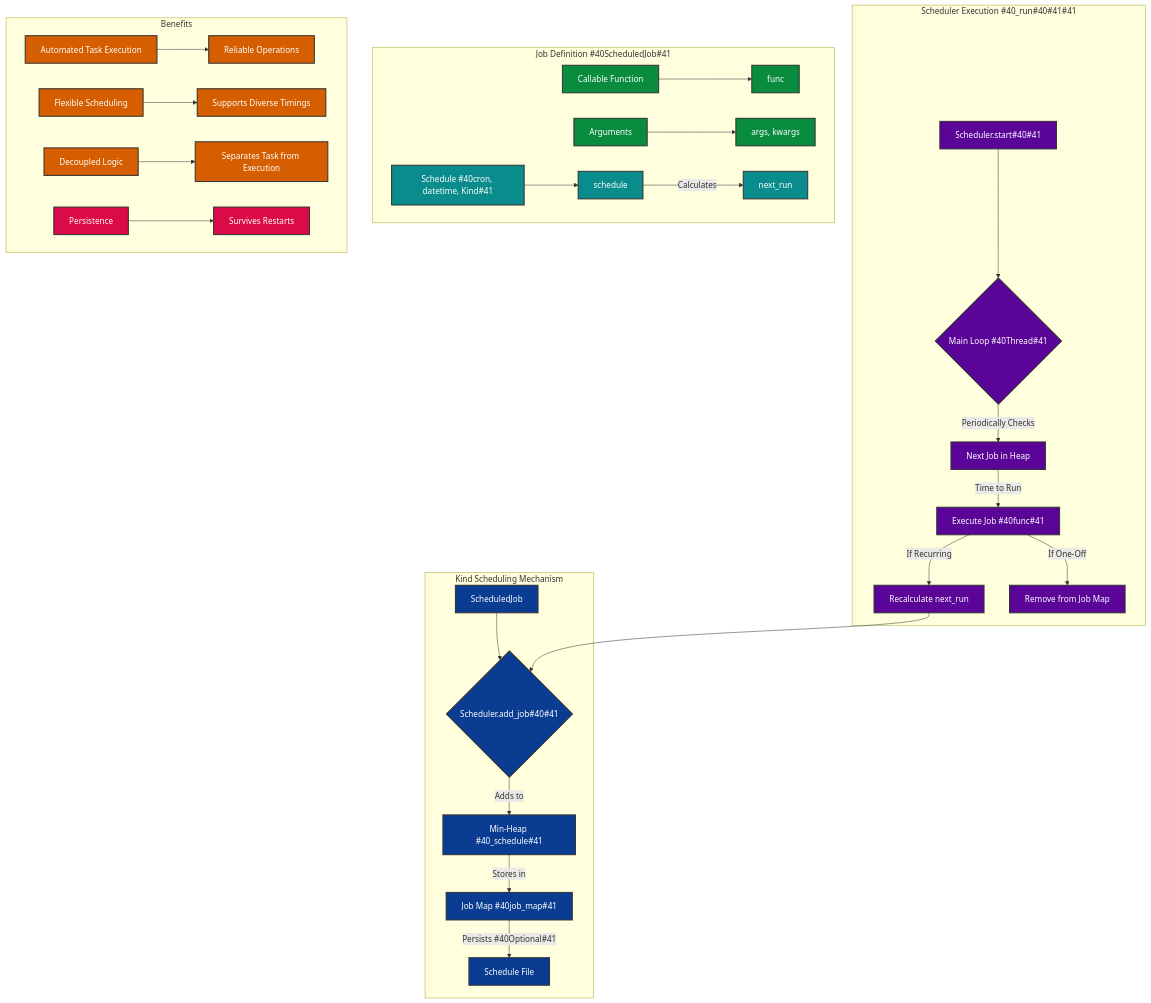
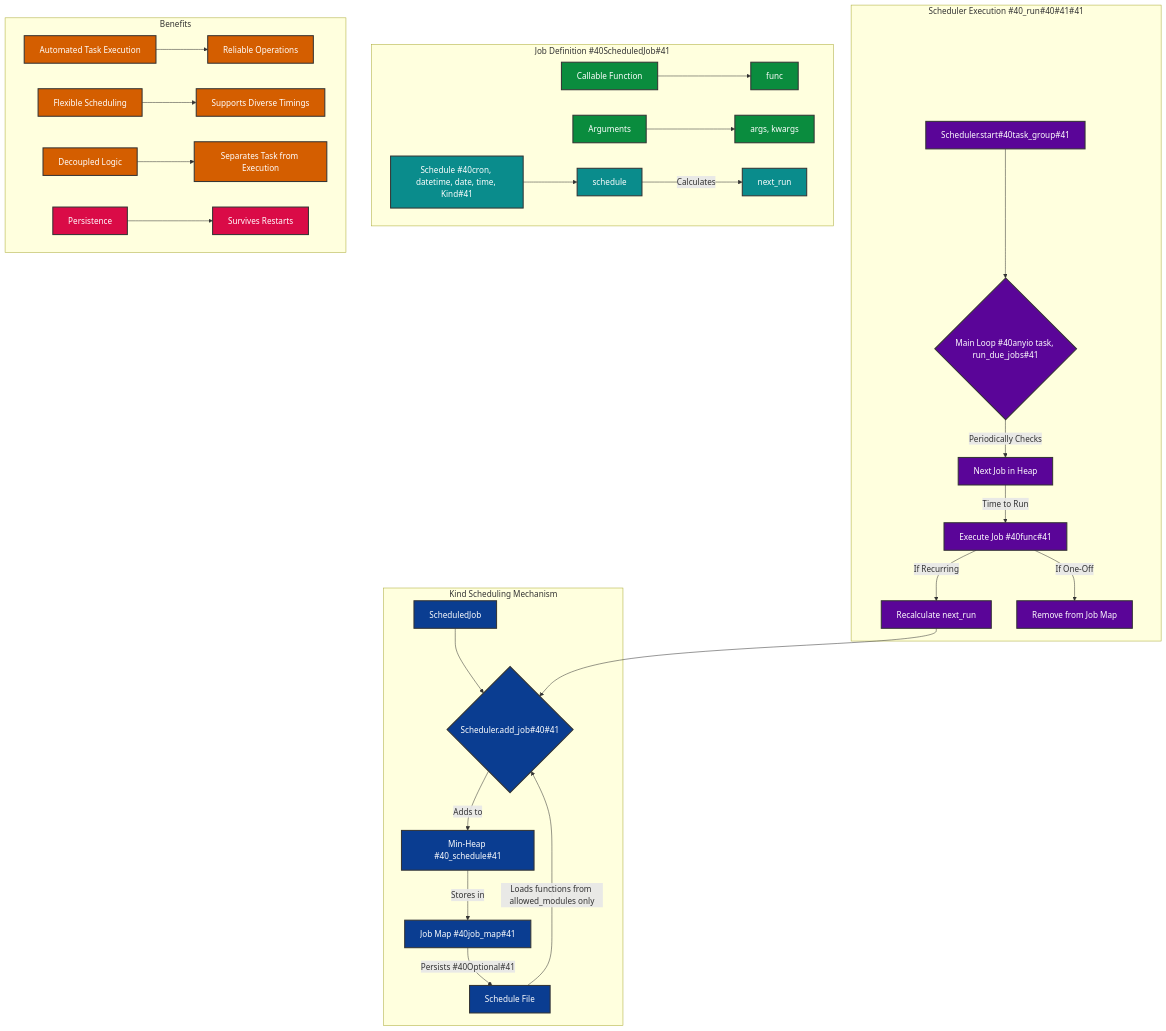
One commit to ikko/kind changed the diagram in docs/topics/7_scheduling/scheduling_flow.mmd. Above: the diagram before and after it, drawn with Mermaid. The commit also changed 62 other files, not shown here.

```diff
--- a/docs/topics/7_scheduling/scheduling_flow.mmd
+++ b/docs/topics/7_scheduling/scheduling_flow.mmd
@@ -1,66 +1,67 @@
 graph
     subgraph "Kind Scheduling Mechanism"
         A[ScheduledJob] --> B{Scheduler.add_job#40#41};
         B -- "Adds to" --> C[Min-Heap #40_schedule#41];
         C -- "Stores in" --> D[Job Map #40job_map#41];
         D -- "Persists #40Optional#41" --> E[Schedule File];
+        E -- "Loads functions from allowed_modules only" --> B;
     end
 
     subgraph "Scheduler Execution #40_run#40#41#41"
-        F[Scheduler.start#40#41] --> G{Main Loop #40Thread#41};
+        F[Scheduler.start#40task_group#41] --> G{Main Loop #40anyio task, run_due_jobs#41};
         G -- "Periodically Checks" --> H[Next Job in Heap];
         H -- "Time to Run" --> I[Execute Job #40func#41];
         I -- "If Recurring" --> J[Recalculate next_run];
         J --> B;
         I -- "If One-Off" --> K[Remove from Job Map];
     end
 
     subgraph "Job Definition #40ScheduledJob#41"
         L[Callable Function] --> M[func];
         N[Arguments] --> O[args, kwargs];
-        P[Schedule #40cron, datetime, Kind#41] --> Q[schedule];
+        P[Schedule #40cron, datetime, date, time, Kind#41] --> Q[schedule];
         Q -- "Calculates" --> R[next_run];
     end
 
     subgraph "Benefits"
         S[Automated Task Execution] --> T[Reliable Operations];
         U[Flexible Scheduling] --> V[Supports Diverse Timings];
         W[Decoupled Logic] --> X[Separates Task from Execution];
         Y[Persistence] --> Z[Survives Restarts];
     end
 
     %% Core Scheduling Mechanism - Dark blue theme
     style A fill:#0a3d91,stroke:#333,stroke-width:2px,color:#FFFFFF;
     style B fill:#0a3d91,stroke:#333,stroke-width:2px,color:#FFFFFF;
     style C fill:#0a3d91,stroke:#333,stroke-width:2px,color:#FFFFFF;
     style D fill:#0a3d91,stroke:#333,stroke-width:2px,color:#FFFFFF;
     style E fill:#0a3d91,stroke:#333,stroke-width:2px,color:#FFFFFF;
     
     %% Execution Flow - Purple theme
     style F fill:#5a0598,stroke:#333,stroke-width:2px,color:#FFFFFF;
     style G fill:#5a0598,stroke:#333,stroke-width:2px,color:#FFFFFF;
     style H fill:#5a0598,stroke:#333,stroke-width:2px,color:#FFFFFF;
     style I fill:#5a0598,stroke:#333,stroke-width:2px,color:#FFFFFF;
     style J fill:#5a0598,stroke:#333,stroke-width:2px,color:#FFFFFF;
     style K fill:#5a0598,stroke:#333,stroke-width:2px,color:#FFFFFF;
     
     %% Job Definition - Green theme
     style L fill:#0a8c3e,stroke:#333,stroke-width:2px,color:#FFFFFF;
     style M fill:#0a8c3e,stroke:#333,stroke-width:2px,color:#FFFFFF;
     style N fill:#0a8c3e,stroke:#333,stroke-width:2px,color:#FFFFFF;
     style O fill:#0a8c3e,stroke:#333,stroke-width:2px,color:#FFFFFF;
     
     %% Schedule-related - Teal theme
     style P fill:#0a8c8c,stroke:#333,stroke-width:2px,color:#FFFFFF;
     style Q fill:#0a8c8c,stroke:#333,stroke-width:2px,color:#FFFFFF;
     style R fill:#0a8c8c,stroke:#333,stroke-width:2px,color:#FFFFFF;
     
     %% Benefits - Orange/Red theme
     style S fill:#d45e00,stroke:#333,stroke-width:2px,color:#FFFFFF;
     style T fill:#d45e00,stroke:#333,stroke-width:2px,color:#FFFFFF;
     style U fill:#d45e00,stroke:#333,stroke-width:2px,color:#FFFFFF;
     style V fill:#d45e00,stroke:#333,stroke-width:2px,color:#FFFFFF;
     style W fill:#d45e00,stroke:#333,stroke-width:2px,color:#FFFFFF;
     style X fill:#d45e00,stroke:#333,stroke-width:2px,color:#FFFFFF;
     style Y fill:#da0b47,stroke:#333,stroke-width:2px,color:#FFFFFF;
     style Z fill:#da0b47,stroke:#333,stroke-width:2px,color:#FFFFFF;
```
